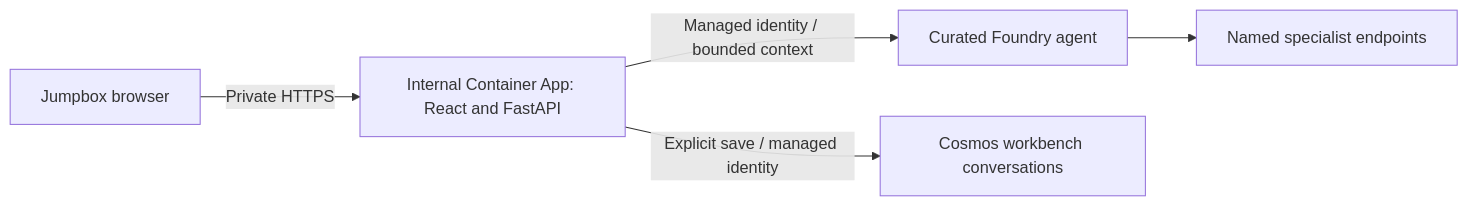
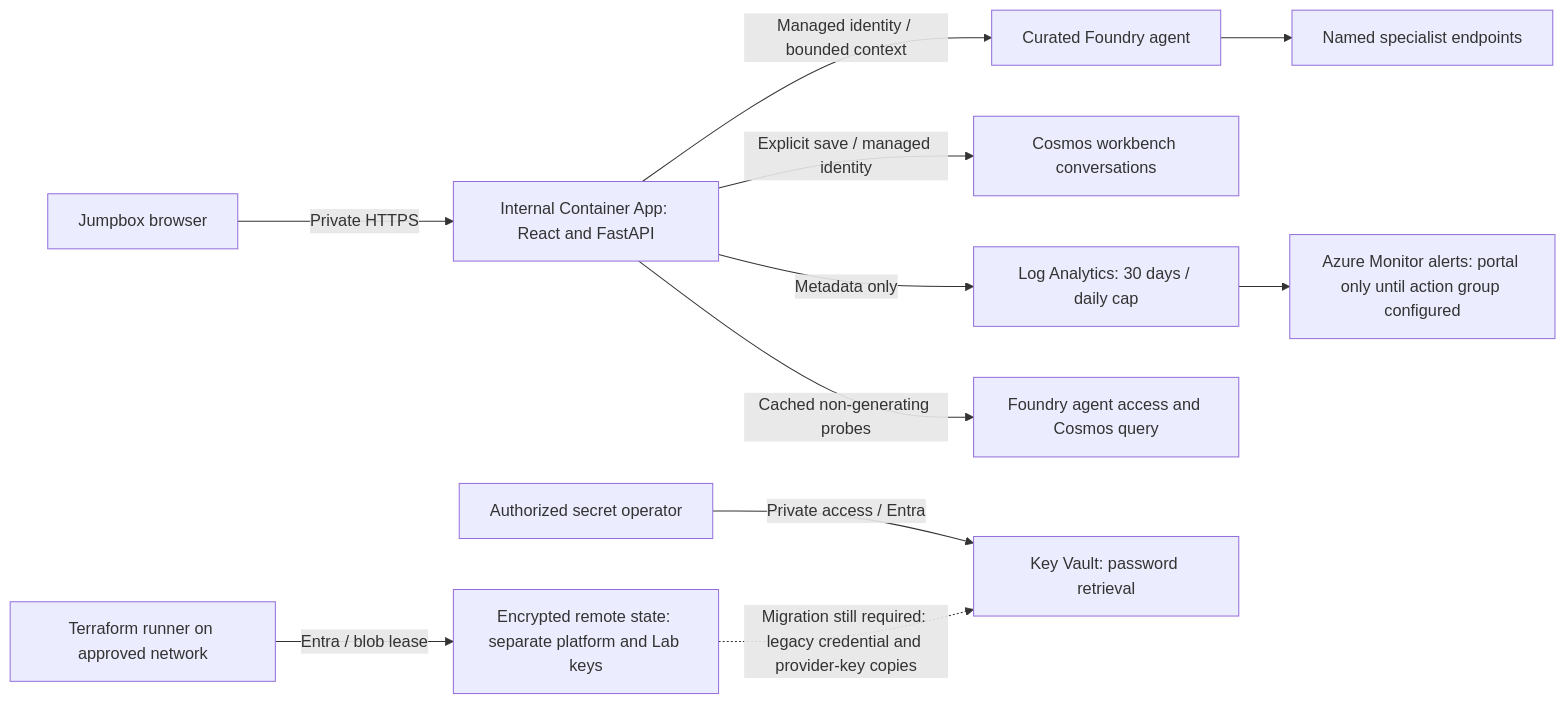
Before and after one commit to michael-rechani/foundry-agent-accelerator: the first of 2 diagrams in docs/architecture.md, drawn with Mermaid. The commit also changed other lines of this file and 32 other files, not shown here.

Commit message:
Harden AI Foundry Lab and document Key Vault migration gates

````diff
--- a/docs/architecture.md
+++ b/docs/architecture.md
@@ -14,7 +14,13 @@
 ```mermaid
 flowchart LR
     Browser[Jumpbox browser] -->|Private HTTPS| UI[Internal Container App: React and FastAPI]
     UI -->|Managed identity / bounded context| Agent[Curated Foundry agent]
     UI -->|Explicit save / managed identity| History[Cosmos workbench conversations]
     Agent --> Specialist[Named specialist endpoints]
+    UI -->|Metadata only| Logs[Log Analytics: 30 days / daily cap]
+    Logs --> Alerts[Azure Monitor alerts: portal only until action group configured]
+    UI -->|Cached non-generating probes| Dependencies[Foundry agent access and Cosmos query]
+    Terraform[Terraform runner on approved network] -->|Entra / blob lease| State[Encrypted remote state: separate platform and Lab keys]
+    Operator[Authorized secret operator] -->|Private access / Entra| Vault[Key Vault: password retrieval]
+    State -.->|Migration still required: legacy credential and provider-key copies| Vault
 ```
````
